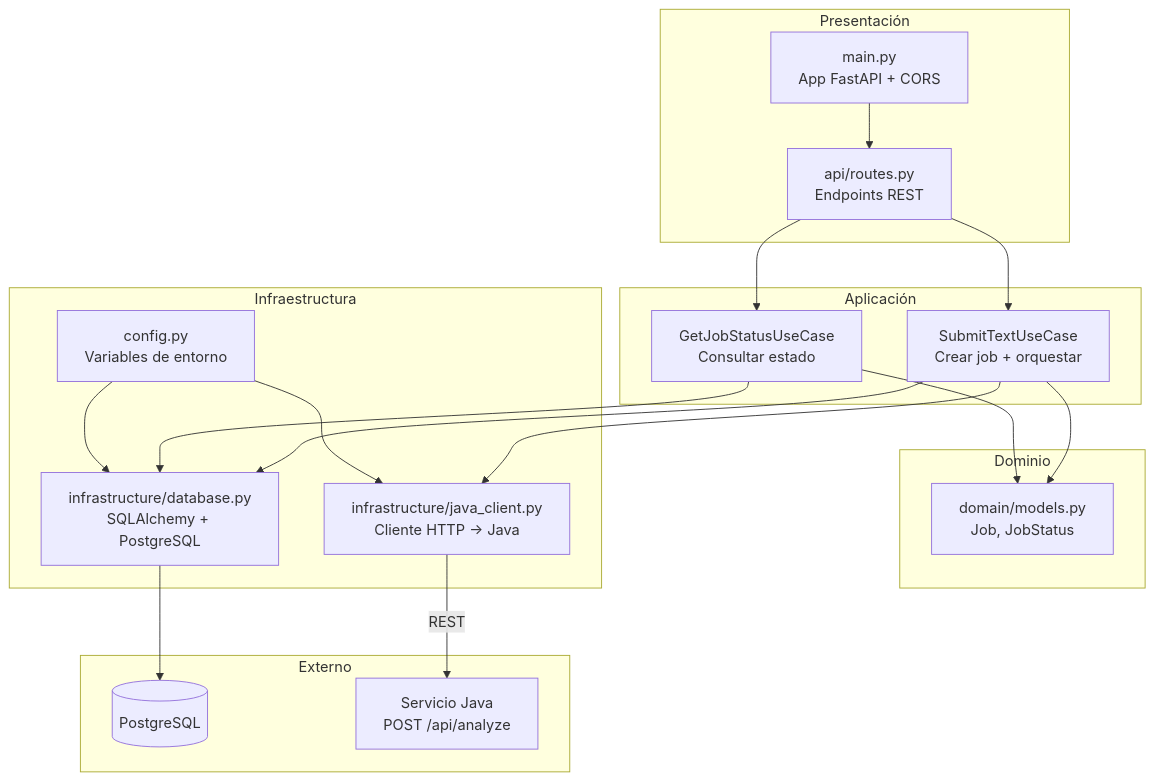
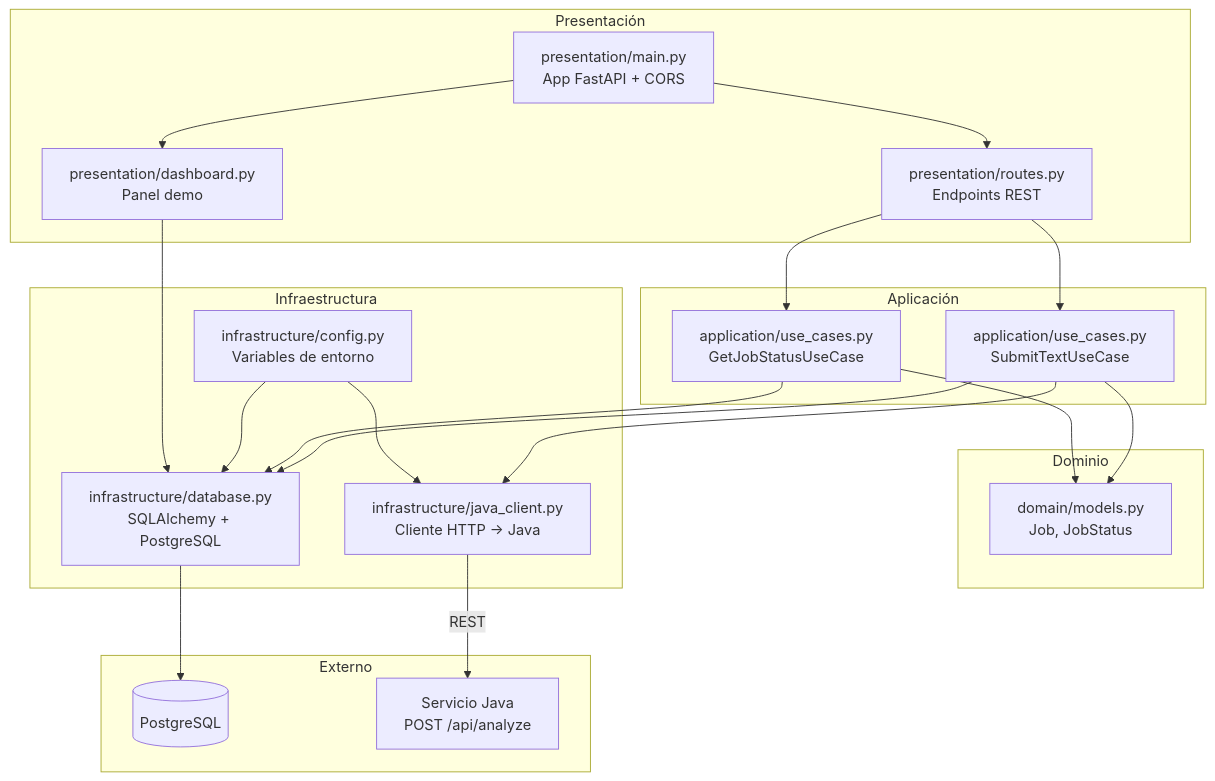
One commit to allett29/analyticore changed the diagram in docs/diagramas-capas/python-capas.md. Above: the diagram before and after it, drawn with Mermaid. The commit also changed other lines of this file and 39 other files, not shown here.

````diff
--- a/docs/diagramas-capas/python-capas.md
+++ b/docs/diagramas-capas/python-capas.md
@@ -5,40 +5,43 @@
 ```mermaid
 graph TB
     subgraph Presentación
-        ROUTES[api/routes.py<br/>Endpoints REST]
-        MAIN[main.py<br/>App FastAPI + CORS]
+        ROUTES[presentation/routes.py<br/>Endpoints REST]
+        MAIN[presentation/main.py<br/>App FastAPI + CORS]
+        DASH[presentation/dashboard.py<br/>Panel demo]
     end
 
     subgraph Aplicación
-        UC_SUB[SubmitTextUseCase<br/>Crear job + orquestar]
-        UC_GET[GetJobStatusUseCase<br/>Consultar estado]
+        UC_SUB[application/use_cases.py<br/>SubmitTextUseCase]
+        UC_GET[application/use_cases.py<br/>GetJobStatusUseCase]
     end
 
     subgraph Dominio
         MODELS[domain/models.py<br/>Job, JobStatus]
     end
 
     subgraph Infraestructura
         DB[infrastructure/database.py<br/>SQLAlchemy + PostgreSQL]
         JAVA[infrastructure/java_client.py<br/>Cliente HTTP → Java]
-        CFG[config.py<br/>Variables de entorno]
+        CFG[infrastructure/config.py<br/>Variables de entorno]
     end
 
     subgraph Externo
         PG[(PostgreSQL)]
         JV[Servicio Java<br/>POST /api/analyze]
     end
 
     MAIN --> ROUTES
+    MAIN --> DASH
     ROUTES --> UC_SUB
     ROUTES --> UC_GET
     UC_SUB --> MODELS
     UC_GET --> MODELS
     UC_SUB --> DB
     UC_SUB --> JAVA
     UC_GET --> DB
     DB --> PG
     JAVA -->|REST| JV
     CFG --> DB
     CFG --> JAVA
+    DASH --> DB
 ```
````
